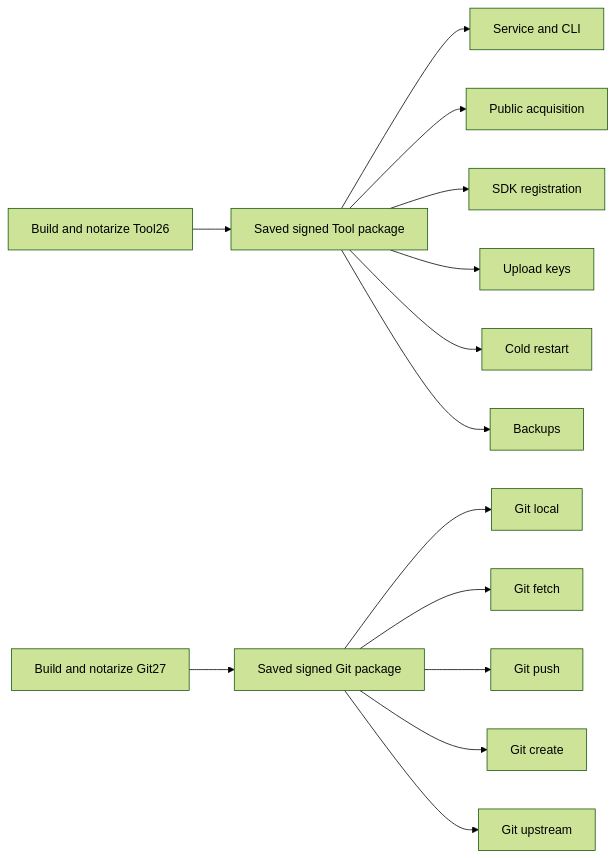
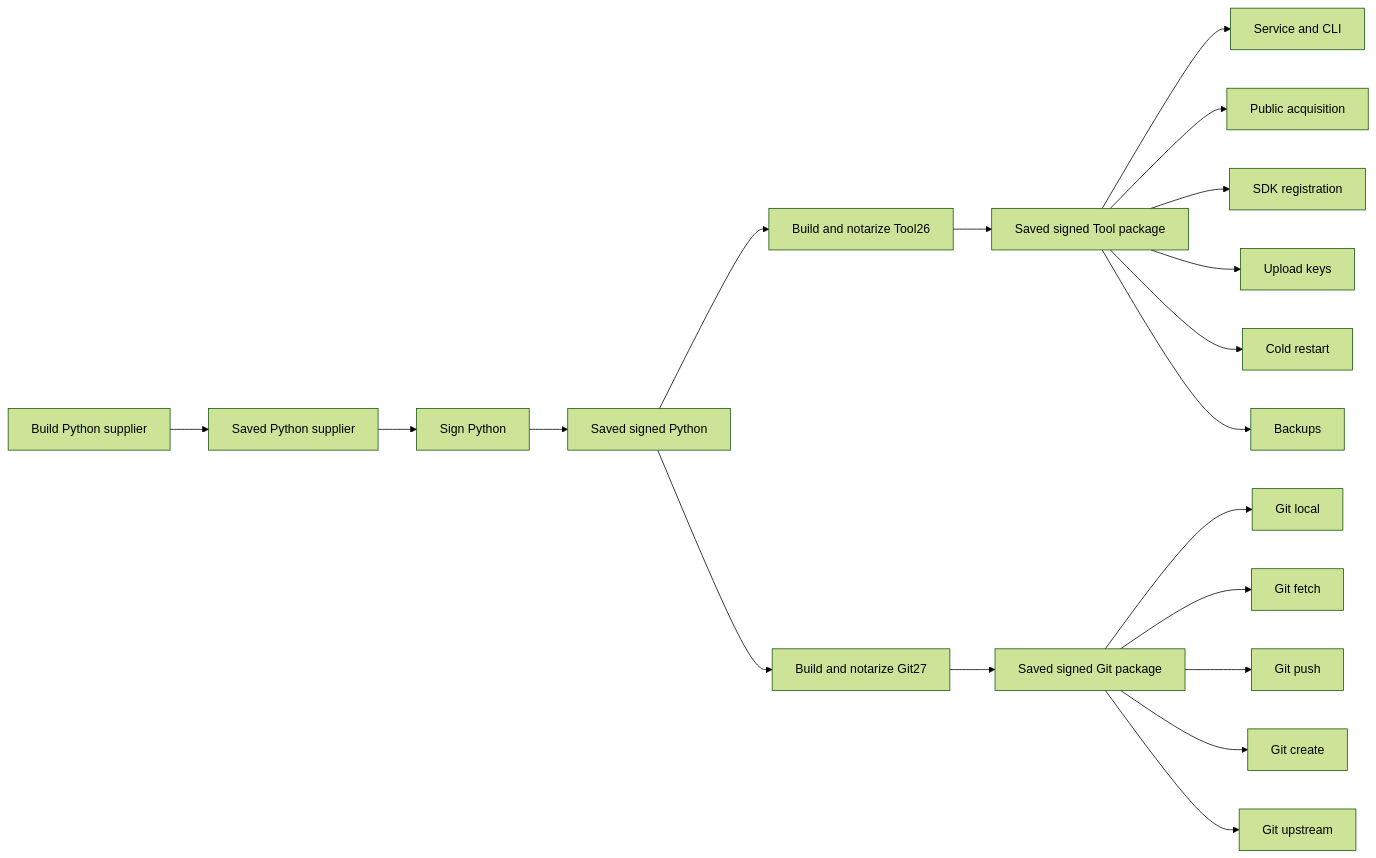
One commit to Apdelrahman1911/mobile-release-kit changed the diagram in docs/macos-ci-retries.md. Above: the diagram before and after it, drawn with Mermaid (forest theme). The commit also changed other lines of this file and 10 other files, not shown here.

Commit message:
fix(macos): sign verified Python in an independent candidate job [skip ci]

````diff
--- a/docs/macos-ci-retries.md
+++ b/docs/macos-ci-retries.md
@@ -7,16 +7,20 @@
 ```mermaid
 flowchart LR
-  T[Build and notarize Tool26] --> TP[Saved signed Tool package]
-  G[Build and notarize Git27] --> GP[Saved signed Git package]
+  P[Build Python supplier] --> U[Saved Python supplier]
+  U --> PS[Sign Python]
+  PS --> SP[Saved signed Python]
+  SP --> T[Build and notarize Tool26] --> TP[Saved signed Tool package]
+  SP --> G[Build and notarize Git27]
+  G --> GP[Saved signed Git package]
   GP --> GL[Git local]
   GP --> GF[Git fetch]
   GP --> GPu[Git push]
   GP --> GC[Git create]
   GP --> GU[Git upstream]
   TP --> S[Service and CLI]
   TP --> A[Public acquisition]
   TP --> R[SDK registration]
   TP --> K[Upload keys]
   TP --> C[Cold restart]
   TP --> B[Backups]
 ```
````
